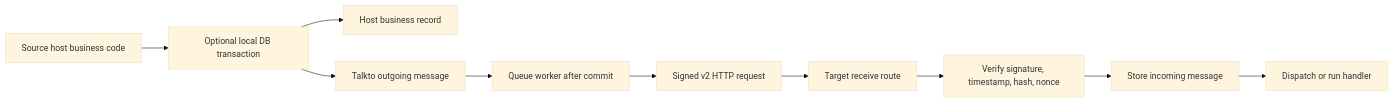
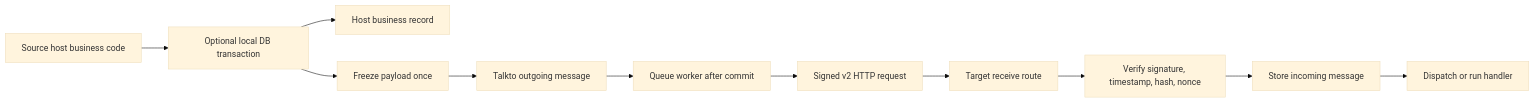
The first of 4 diagrams in docs/architecture.md (mrezdev/laravel-talkto), drawn with Mermaid (base theme) before and after one commit. The commit also changed other lines of this file and 14 other files, not shown here.

````diff
--- a/docs/architecture.md
+++ b/docs/architecture.md
@@ -7,12 +7,13 @@
 ```mermaid
 flowchart LR
     A["Source host business code"] --> B["Optional local DB transaction"]
     B --> C["Host business record"]
-    B --> D["Talkto outgoing message"]
-    D --> E["Queue worker after commit"]
-    E --> F["Signed v2 HTTP request"]
-    F --> G["Target receive route"]
-    G --> H["Verify signature, timestamp, hash, nonce"]
-    H --> I["Store incoming message"]
-    I --> J["Dispatch or run handler"]
+    B --> D["Freeze payload once"]
+    D --> E["Talkto outgoing message"]
+    E --> F["Queue worker after commit"]
+    F --> G["Signed v2 HTTP request"]
+    G --> H["Target receive route"]
+    H --> I["Verify signature, timestamp, hash, nonce"]
+    I --> J["Store incoming message"]
+    J --> K["Dispatch or run handler"]
 ```
````
